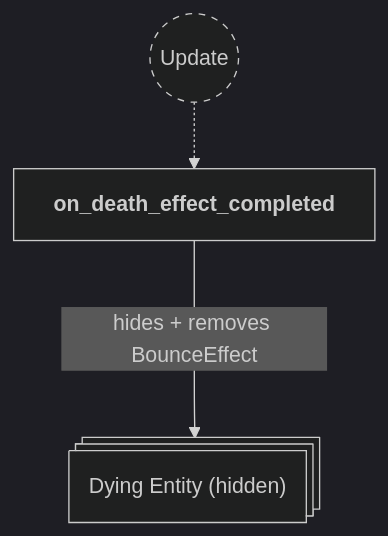
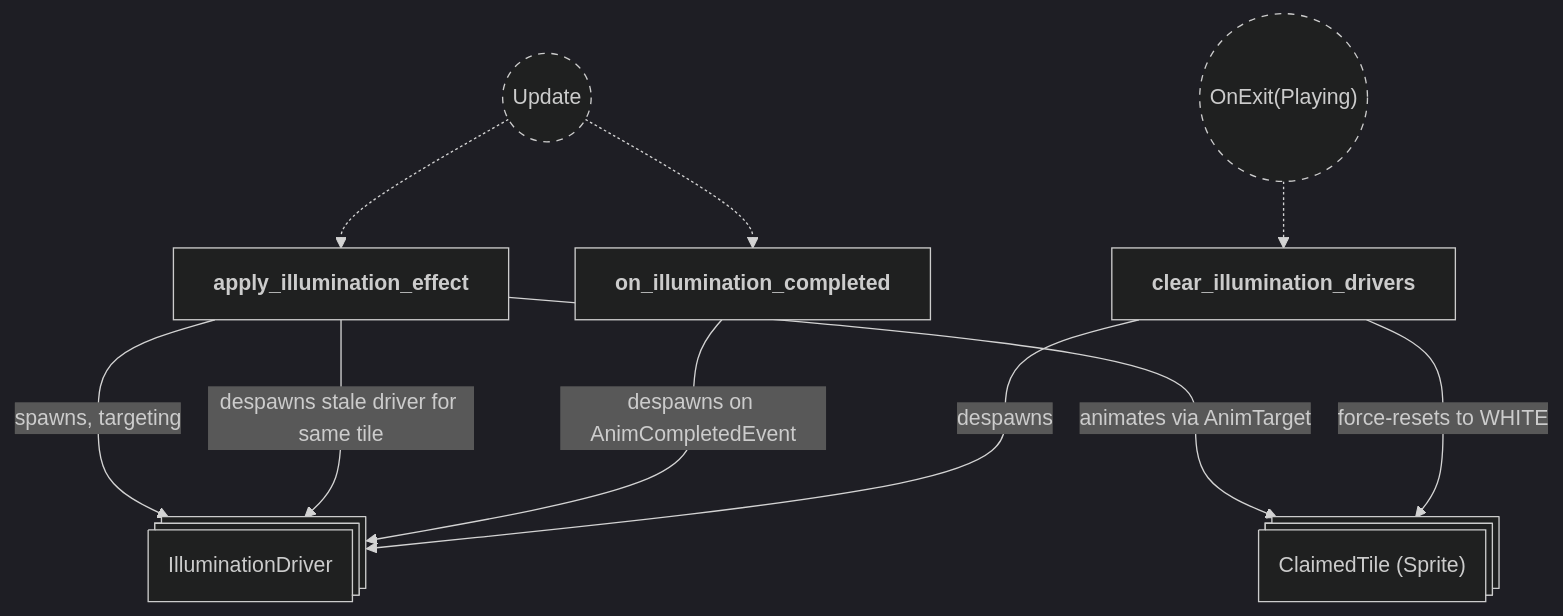
One commit to neurosoup/tyled changed diagram 25 of 25 in backlog/docs/doc-10 - 008-Effects-plugin.md. Above: the diagram before and after it, drawn with Mermaid. The commit also changed other lines of this file and 14 other files, not shown here.

First line of the commit message:
Add beam-origin illumination and fix knockback transform-effect race

````diff
--- a/backlog/docs/doc-10 - 008-Effects-plugin.md
+++ b/backlog/docs/doc-10 - 008-Effects-plugin.md
@@ -670,18 +1044,30 @@
 ```mermaid
 ---
 config:
   theme: dark
 ---
 
 flowchart TD
 classDef system-group stroke-dasharray: 5 5
 
 update(("`Update`")):::system-group
-on_death_effect_completed["`**on_death_effect_completed**`"]
+state_transition(("`OnExit(Playing)`")):::system-group
 
-update -.-> on_death_effect_completed
+apply_illumination_effect["`**apply_illumination_effect**`"]
+on_illumination_completed["`**on_illumination_completed**`"]
+clear_illumination_drivers["`**clear_illumination_drivers**`"]
 
-dead_entity@{ shape: st-rect, label: "Dying Entity (hidden)" }
+update -.-> apply_illumination_effect
+update -.-> on_illumination_completed
+state_transition -.-> clear_illumination_drivers
 
-on_death_effect_completed ---> |hides + removes BounceEffect| dead_entity
+driver_entity@{ shape: st-rect, label: "IlluminationDriver" }
+tile_entity@{ shape: st-rect, label: "ClaimedTile (Sprite)" }
+
+apply_illumination_effect ---> |spawns, targeting| driver_entity
+apply_illumination_effect ---> |despawns stale driver for same tile| driver_entity
+apply_illumination_effect ---> |animates via AnimTarget| tile_entity
+on_illumination_completed ---> |despawns on AnimCompletedEvent| driver_entity
+clear_illumination_drivers ---> |force-resets to WHITE| tile_entity
+clear_illumination_drivers ---> |despawns| driver_entity
 ```
````
